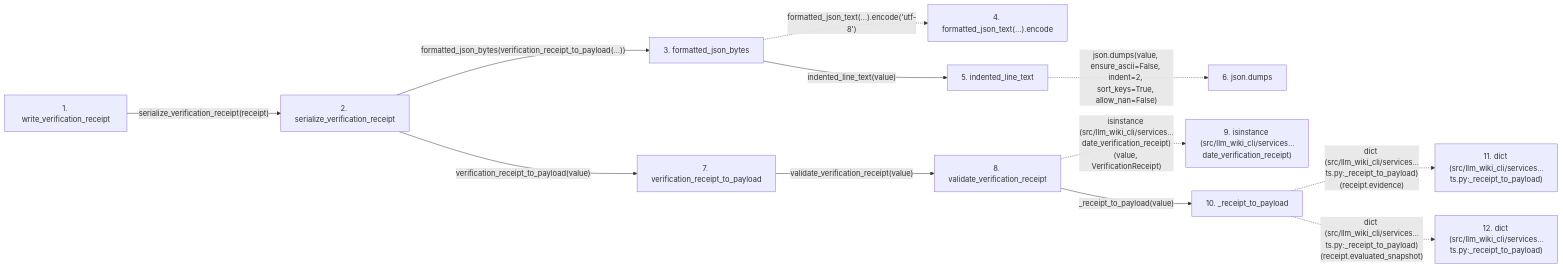
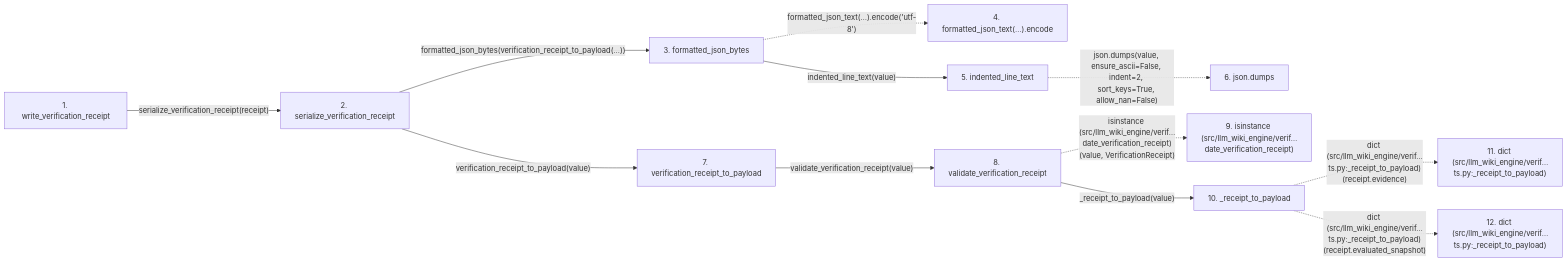
Before and after one commit to Denissvgn/python-wiki-llm: the second of 2 diagrams in docs/llm_wiki/flows/api-write_verification_receipt.md, drawn with Mermaid. The commit also changed other lines of this file and 1058 other files, not shown here.

````diff
--- a/docs/llm_wiki/flows/api-write_verification_receipt.md
+++ b/docs/llm_wiki/flows/api-write_verification_receipt.md
@@ -139,33 +139,33 @@
 ```mermaid
 flowchart LR
     s1["1. write_verification_receipt"]
     s2["2. serialize_verification_receipt"]
     s3["3. formatted_json_bytes"]
     s4["4. formatted_json_text(…).encode"]
     s5["5. indented_line_text"]
     s6["6. json.dumps"]
     s7["7. verification_receipt_to_payload"]
     s8["8. validate_verification_receipt"]
-    s9["9. isinstance (src/llm_wiki_cli/services…date_verification_receipt)"]
+    s9["9. isinstance (src/llm_wiki_engine/verif…date_verification_receipt)"]
     s10["10. _receipt_to_payload"]
-    s11["11. dict (src/llm_wiki_cli/services…ts.py:_receipt_to_payload)"]
-    s12["12. dict (src/llm_wiki_cli/services…ts.py:_receipt_to_payload)"]
+    s11["11. dict (src/llm_wiki_engine/verif…ts.py:_receipt_to_payload)"]
+    s12["12. dict (src/llm_wiki_engine/verif…ts.py:_receipt_to_payload)"]
     s1 -->|"serialize_verification_receipt(receipt)"| s2
     s2 -->|"formatted_json_bytes(verification_receipt_to_payload(...))"| s3
     s3 -. "formatted_json_text(…).encode('utf-8')" .-> s4
     s3 -->|"indented_line_text(value)"| s5
     s5 -. "json.dumps(value, ensure_ascii=False, indent=2, sort_keys=True, allow_nan=False)" .-> s6
     s2 -->|"verification_receipt_to_payload(value)"| s7
     s7 -->|"validate_verification_receipt(value)"| s8
-    s8 -. "isinstance (src/llm_wiki_cli/services…date_verification_receipt)(value, VerificationReceipt)" .-> s9
+    s8 -. "isinstance (src/llm_wiki_engine/verif…date_verification_receipt)(value, VerificationReceipt)" .-> s9
     s8 -->|"_receipt_to_payload(value)"| s10
-    s10 -. "dict (src/llm_wiki_cli/services…ts.py:_receipt_to_payload)(receipt.evidence)" .-> s11
-    s10 -. "dict (src/llm_wiki_cli/services…ts.py:_receipt_to_payload)(receipt.evaluated_snapshot)" .-> s12
+    s10 -. "dict (src/llm_wiki_engine/verif…ts.py:_receipt_to_payload)(receipt.evidence)" .-> s11
+    s10 -. "dict (src/llm_wiki_engine/verif…ts.py:_receipt_to_payload)(receipt.evaluated_snapshot)" .-> s12
     click s1 "../modules/verification_contracts.md"
     click s2 "../modules/verification_contracts.md"
     click s3 "../modules/knowledge_evidence.md"
     click s5 "../modules/canonical_json.md"
     click s7 "../modules/verification_contracts.md"
     click s8 "../modules/verification_contracts.md"
     click s10 "../modules/verification_contracts.md"
 ```
````
